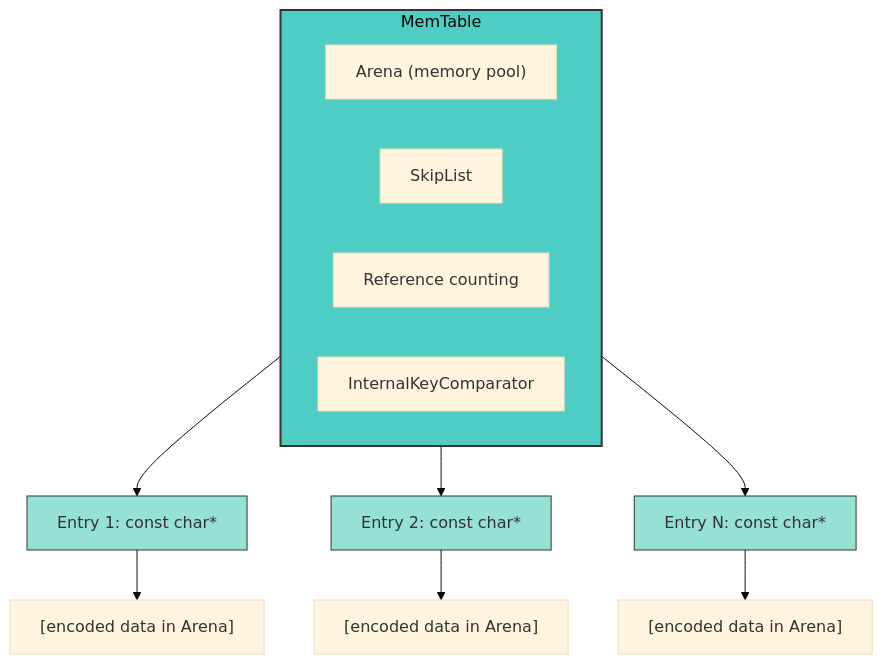
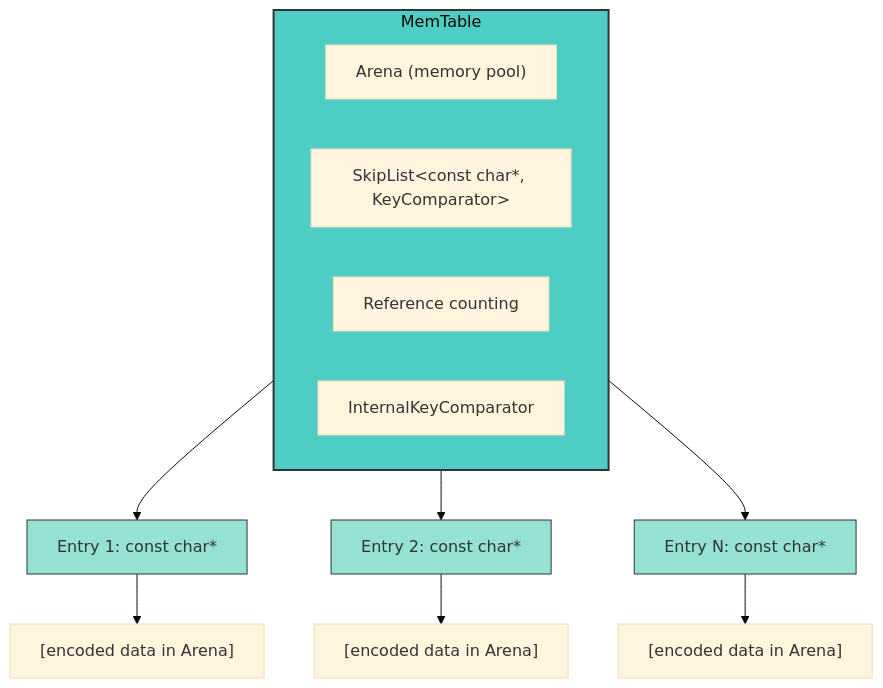
Before and after one commit to puji4810/puji4810.github.io: the first of 2 diagrams in _posts/2025-11-1-LevelDB-Memformat.md, drawn with Mermaid (base theme). The commit also changed other lines of this file and 14 other files, not shown here.

Commit message:
Migrate Mermaid diagrams from HTML divs to code blocks

````diff
--- a/_posts/2025-11-1-LevelDB-Memformat.md
+++ b/_posts/2025-11-1-LevelDB-Memformat.md
@@ -29,30 +29,30 @@
-<div class="mermaid">
+```mermaid
 graph TB
     subgraph MemTable["MemTable"]
         A["Arena (memory pool)"]
         B["SkipList&lt;const char*, KeyComparator&gt;"]
         C["Reference counting"]
         D["InternalKeyComparator"]
     end
     
     E1["Entry 1: const char*"]
     E2["Entry 2: const char*"]
     E3["Entry N: const char*"]
     
     D1["[encoded data in Arena]"]
     D2["[encoded data in Arena]"]
     D3["[encoded data in Arena]"]
     
     MemTable --> E1
     MemTable --> E2
     MemTable --> E3
     
     E1 --> D1
     E2 --> D2
     E3 --> D3
     
     style MemTable fill:#4ECDC4,stroke:#333,stroke-width:2px
     style E1 fill:#95E1D3,stroke:#333
     style E2 fill:#95E1D3,stroke:#333
     style E3 fill:#95E1D3,stroke:#333
-</div>
+```
````
